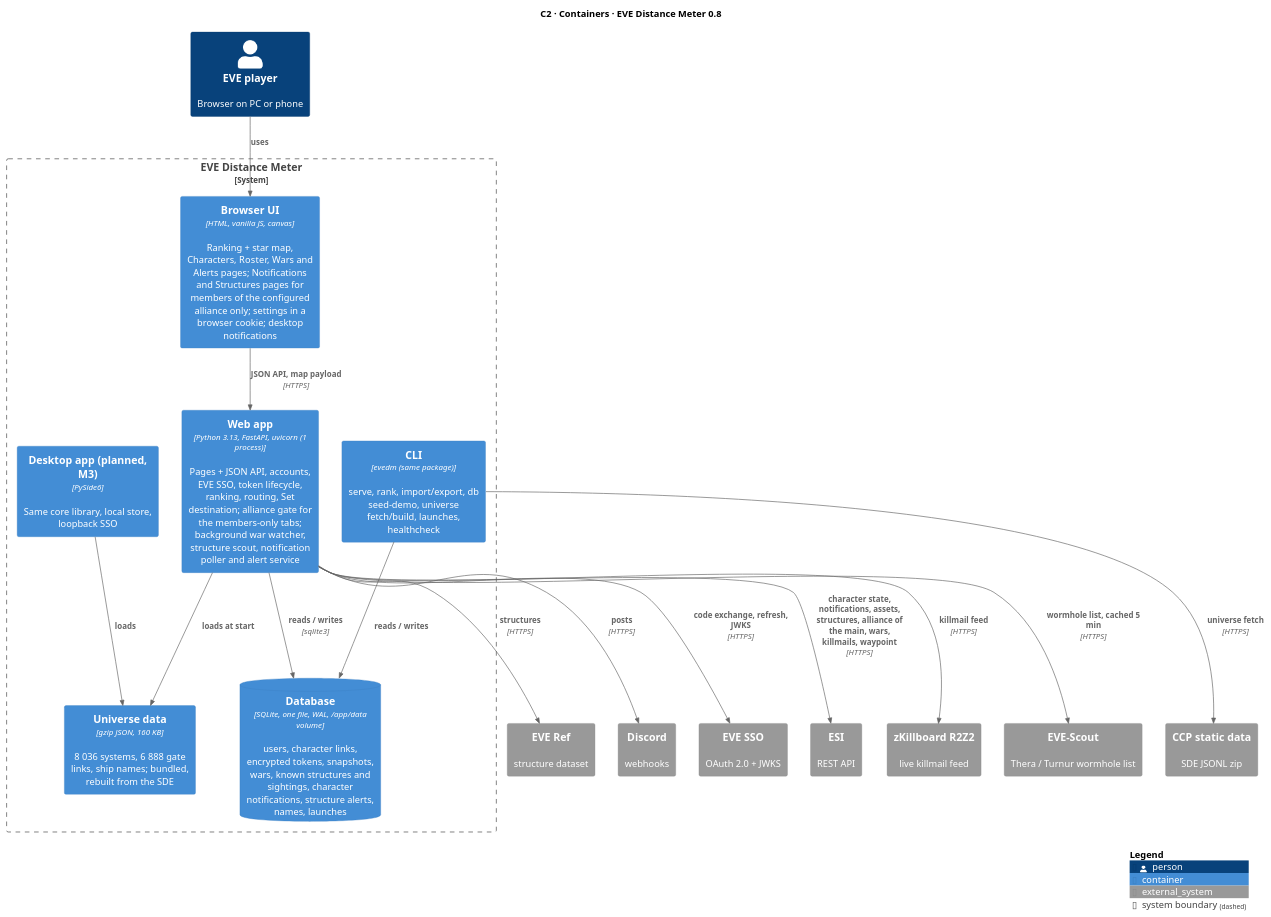
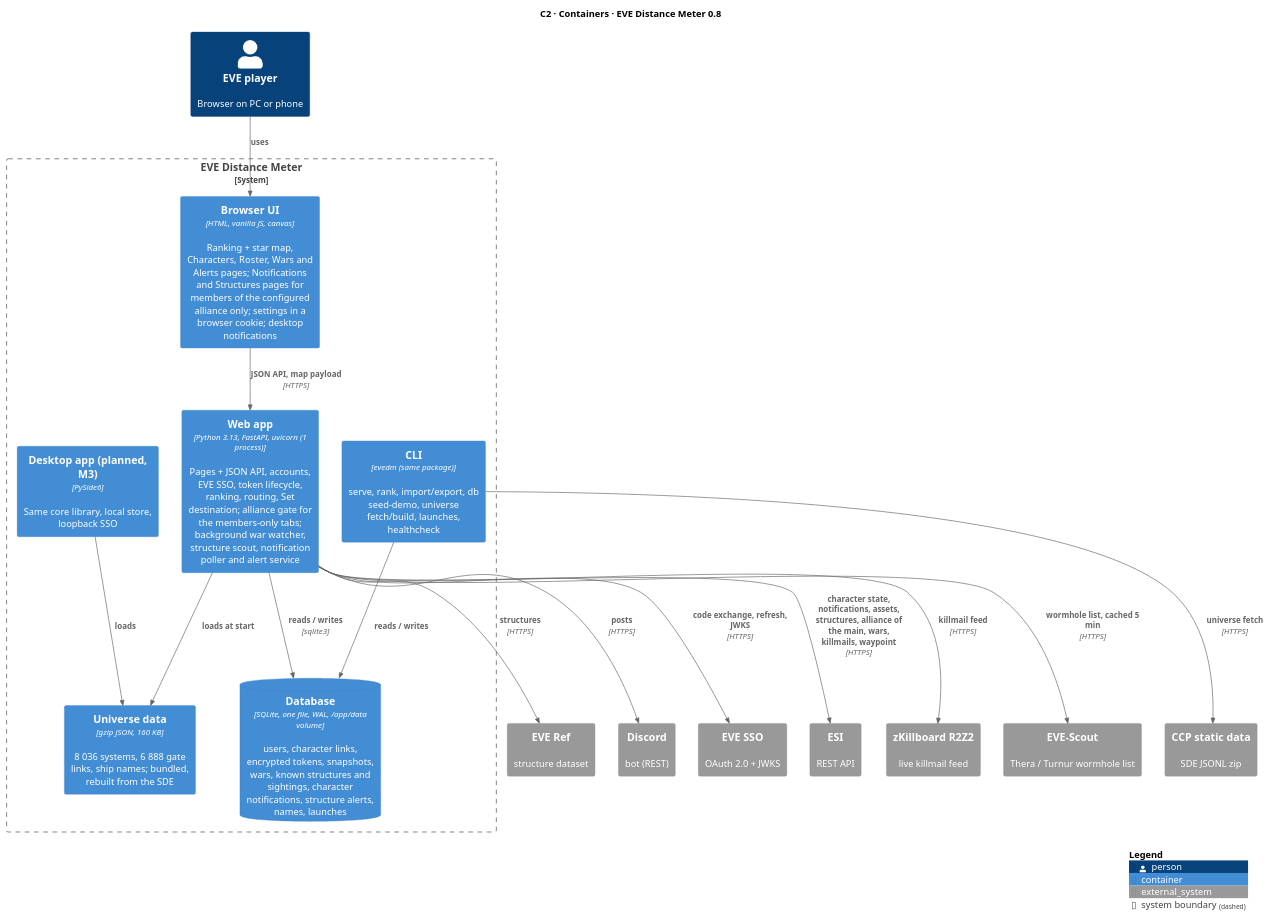
The diagram in docs/c4/02-c2-containers.puml (Headruner/war-bot-2), drawn with PlantUML before and after one commit. The commit also changed 39 other files, not shown here.

First line of the commit message:
feat(discord): bot delivery, rules, settings

```diff
--- a/docs/c4/02-c2-containers.puml
+++ b/docs/c4/02-c2-containers.puml
@@ -1,38 +1,38 @@
 @startuml c2-containers
 !include <C4/C4_Container>
 title C2 · Containers · EVE Distance Meter 0.8
 LAYOUT_TOP_DOWN()
 
 Person(user, "EVE player", "Browser on PC or phone")
 System_Ext(sso, "EVE SSO", "OAuth 2.0 + JWKS")
 System_Ext(esi, "ESI", "REST API")
 System_Ext(sde, "CCP static data", "SDE JSONL zip")
 System_Ext(zkb, "zKillboard R2Z2", "live killmail feed")
 System_Ext(evescout, "EVE-Scout", "Thera / Turnur wormhole list")
 System_Ext(everef, "EVE Ref", "structure dataset")
-System_Ext(discord, "Discord", "webhooks")
+System_Ext(discord, "Discord", "bot (REST)")
 
 System_Boundary(evedm, "EVE Distance Meter") {
   Container(spa, "Browser UI", "HTML, vanilla JS, canvas", "Ranking + star map, Characters, Roster, Wars and Alerts pages; Notifications and Structures pages for members of the configured alliance only; settings in a browser cookie; desktop notifications")
   Container(web, "Web app", "Python 3.13, FastAPI, uvicorn (1 process)", "Pages + JSON API, accounts, EVE SSO, token lifecycle, ranking, routing, Set destination; alliance gate for the members-only tabs; background war watcher, structure scout, notification poller and alert service")
   ContainerDb(db, "Database", "SQLite, one file, WAL, /app/data volume", "users, character links, encrypted tokens, snapshots, wars, known structures and sightings, character notifications, structure alerts, names, launches")
   Container(universe, "Universe data", "gzip JSON, 160 KB", "8 036 systems, 6 888 gate links, ship names; bundled, rebuilt from the SDE")
   Container(cli, "CLI", "evedm (same package)", "serve, rank, import/export, db seed-demo, universe fetch/build, launches, healthcheck")
   Container(desktop, "Desktop app (planned, M3)", "PySide6", "Same core library, local store, loopback SSO")
 }
 
 Rel(user, spa, "uses")
 Rel(spa, web, "JSON API, map payload", "HTTPS")
 Rel(web, db, "reads / writes", "sqlite3")
 Rel(web, universe, "loads at start")
 Rel(cli, db, "reads / writes")
 Rel(cli, sde, "universe fetch", "HTTPS")
 Rel(web, sso, "code exchange, refresh, JWKS", "HTTPS")
 Rel(web, esi, "character state, notifications, assets, structures, alliance of the main, wars, killmails, waypoint", "HTTPS")
 Rel(web, zkb, "killmail feed", "HTTPS")
 Rel(web, evescout, "wormhole list, cached 5 min", "HTTPS")
 Rel(web, everef, "structures", "HTTPS")
 Rel(web, discord, "posts", "HTTPS")
 Rel(desktop, universe, "loads")
 SHOW_LEGEND()
 @enduml
```
